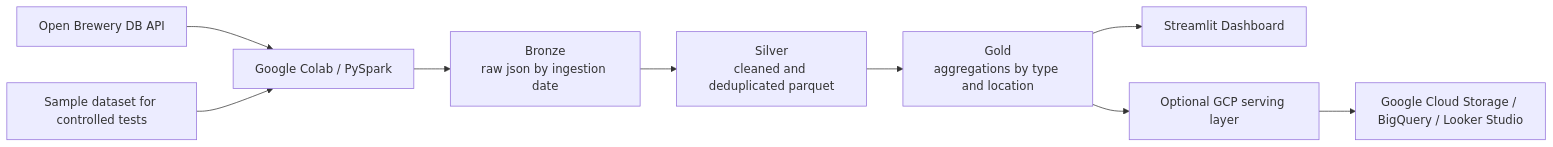
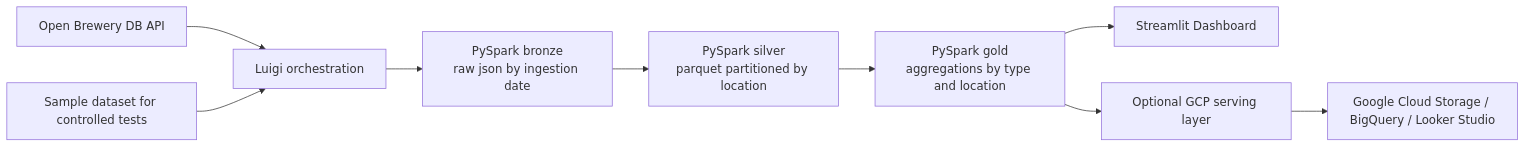
Before and after one commit to leorosp/bees-data-engineering-case: the diagram in docs/architecture.md, drawn with Mermaid. The commit also changed other lines of this file and 13 other files, not shown here.

Commit message:
Implement silver partitioning and Luigi orchestration

````diff
--- a/docs/architecture.md
+++ b/docs/architecture.md
@@ -7,12 +7,12 @@
 ```mermaid
 flowchart LR
-    A["Open Brewery DB API"] --> B["Google Colab / PySpark"]
+    A["Open Brewery DB API"] --> B["Luigi orchestration"]
     Z["Sample dataset for controlled tests"] --> B
-    B --> C["Bronze<br/>raw json by ingestion date"]
-    C --> D["Silver<br/>cleaned and deduplicated parquet"]
-    D --> E["Gold<br/>aggregations by type and location"]
+    B --> C["PySpark bronze<br/>raw json by ingestion date"]
+    C --> D["PySpark silver<br/>parquet partitioned by location"]
+    D --> E["PySpark gold<br/>aggregations by type and location"]
     E --> F["Streamlit Dashboard"]
 
     E --> G["Optional GCP serving layer"]
     G --> H["Google Cloud Storage / BigQuery / Looker Studio"]
 ```
````
